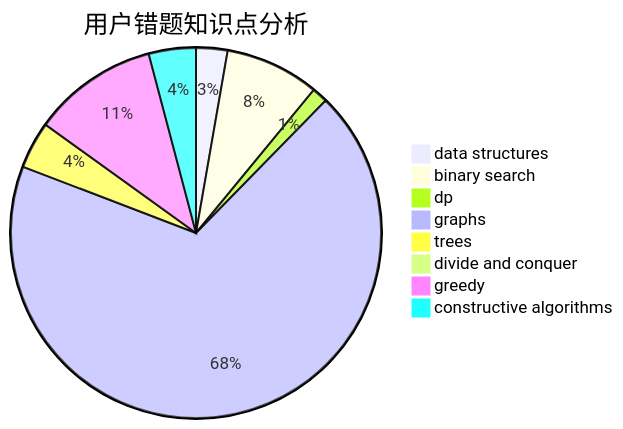
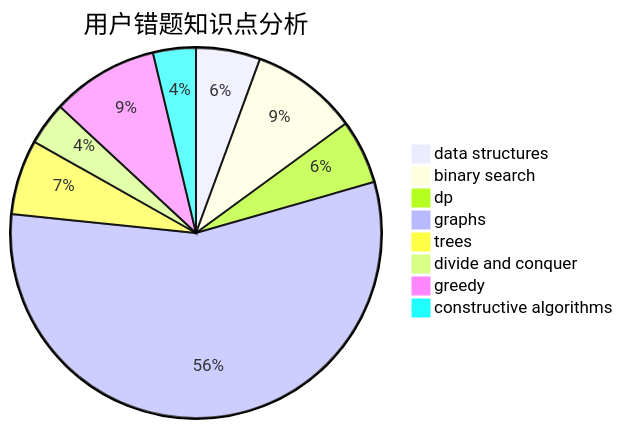
One commit to sherpahu/cfrs.github.io changed the third of 3 diagrams in docs/user/u454.md. Above: the diagram before and after it, drawn with Mermaid. The commit also changed other lines of this file and 2770 other files, not shown here.

````diff
--- a/docs/user/u454.md
+++ b/docs/user/u454.md
@@ -36,11 +36,11 @@
 ```mermaid
 pie title 用户错题知识点分析
-    "data structures" :  2
-    "binary search" :  6
-    "dp" :  1
-    "graphs" :  50
-    "trees" :  3
-    "divide and conquer" :  0
-    "greedy" :  8
-    "constructive algorithms" :  3
+    "data structures" :  6
+    "binary search" :  10
+    "dp" :  6
+    "graphs" :  60
+    "trees" :  7
+    "divide and conquer" :  4
+    "greedy" :  10
+    "constructive algorithms" :  4
 ```
````
